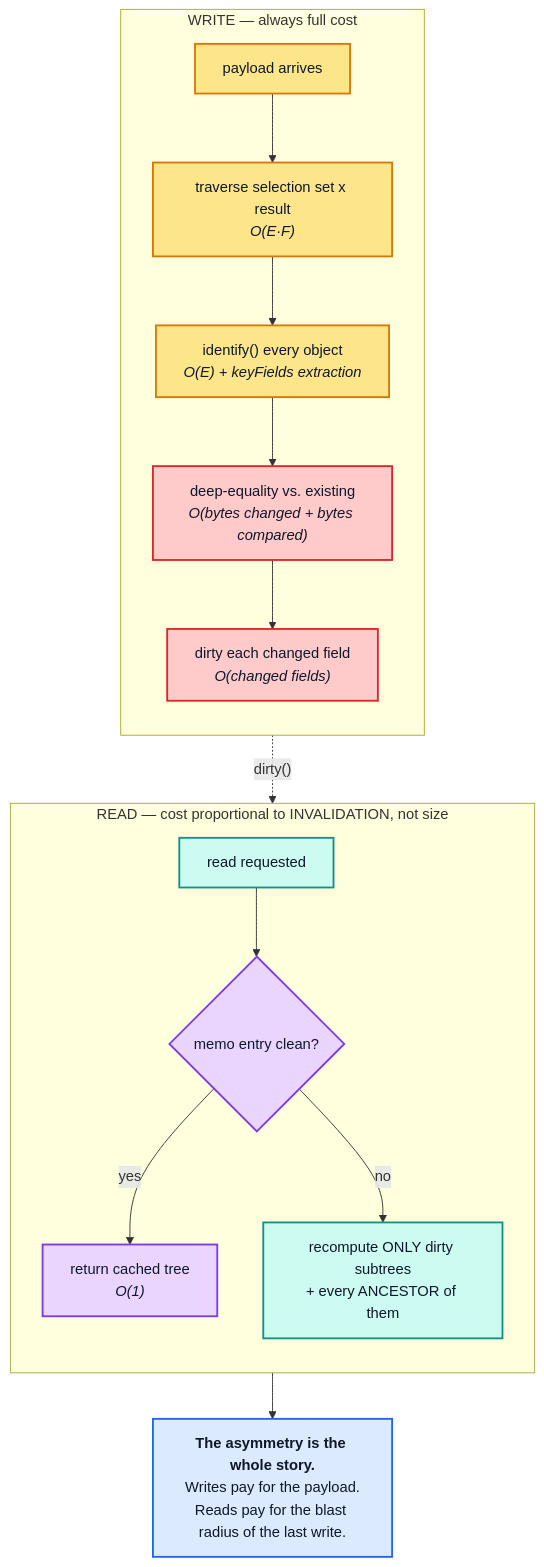
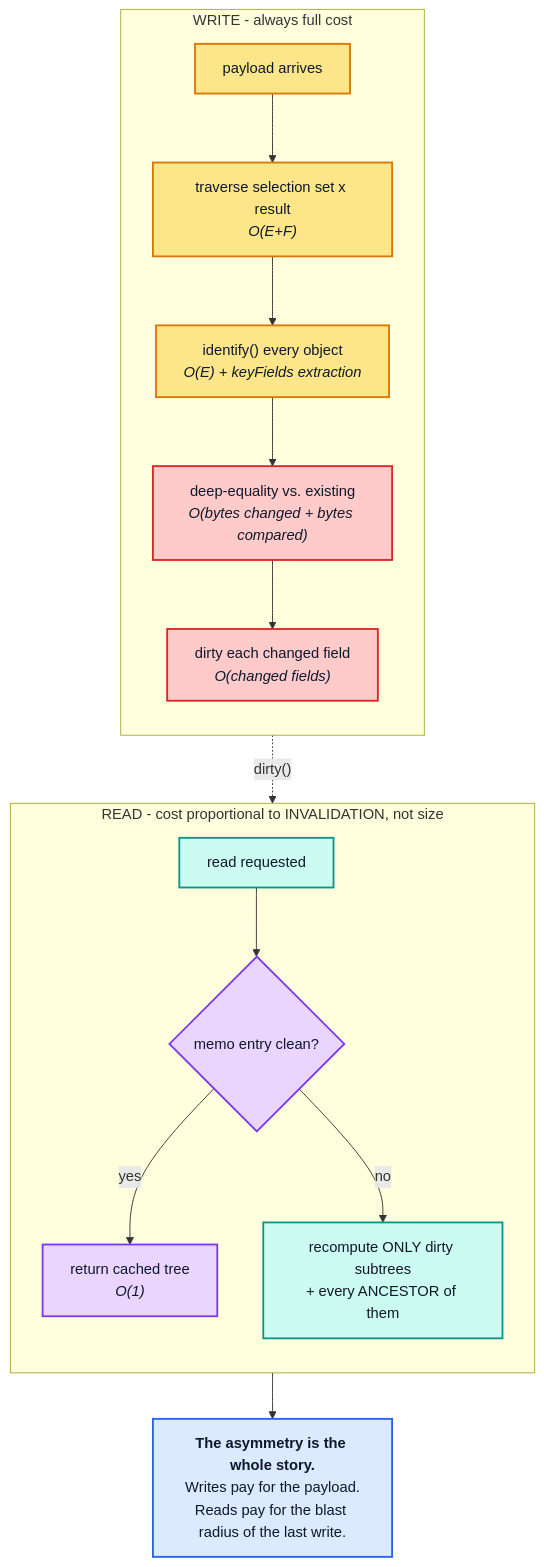
One commit to convict-git/fast-gql-cache-rs changed the third of 14 diagrams in docs/apollo-client-inmemory-cache-performance.md. Above: the diagram before and after it, drawn with Mermaid. The commit also changed other lines of this file and 1 other file, not shown here.

First line of the commit message:
docs(cache): replace unicode arrows/dashes/dots in all mermaid diagrams

````diff
--- a/docs/apollo-client-inmemory-cache-performance.md
+++ b/docs/apollo-client-inmemory-cache-performance.md
@@ -149,35 +149,35 @@
 ```mermaid
 flowchart TB
-    subgraph writeside["WRITE — always full cost"]
+    subgraph writeside["WRITE - always full cost"]
         direction TB
         WA["payload arrives"]:::write
-        WB["traverse selection set x result<br/><i>O(E·F)</i>"]:::write
+        WB["traverse selection set x result<br/><i>O(E+F)</i>"]:::write
         WC["identify() every object<br/><i>O(E) + keyFields extraction</i>"]:::write
         WD["deep-equality vs. existing<br/><i>O(bytes changed + bytes compared)</i>"]:::dirty
         WE["dirty each changed field<br/><i>O(changed fields)</i>"]:::dirty
         WA --> WB --> WC --> WD --> WE
     end
 
-    subgraph readside["READ — cost proportional to INVALIDATION, not size"]
+    subgraph readside["READ - cost proportional to INVALIDATION, not size"]
         direction TB
         RA["read requested"]:::read
         RB{"memo entry clean?"}:::memo
         RC["return cached tree<br/><i>O(1)</i>"]:::memo
         RD["recompute ONLY dirty subtrees<br/>+ every ANCESTOR of them"]:::read
         RA --> RB
         RB -->|yes| RC
         RB -->|no| RD
     end
 
     WE -.->|"dirty()"| RB
 
     NOTE["<b>The asymmetry is the whole story.</b><br/>Writes pay for the payload.<br/>Reads pay for the blast radius of the last write."]:::api
 
     readside --> NOTE
 
     classDef api fill:#dbeafe,stroke:#2563eb,stroke-width:2px,color:#0f172a
     classDef read fill:#ccfbf1,stroke:#0d9488,stroke-width:2px,color:#0f172a
     classDef write fill:#fde68a,stroke:#d97706,stroke-width:2px,color:#0f172a
     classDef memo fill:#e9d5ff,stroke:#7c3aed,stroke-width:2px,color:#0f172a
     classDef dirty fill:#fecaca,stroke:#dc2626,stroke-width:2px,color:#0f172a
 ```
````
